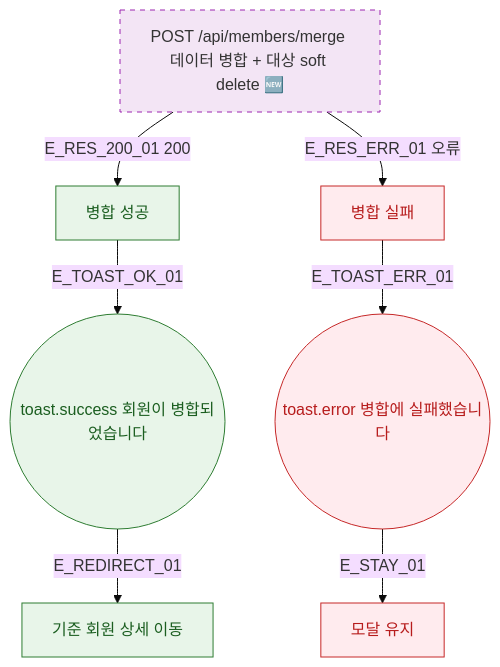
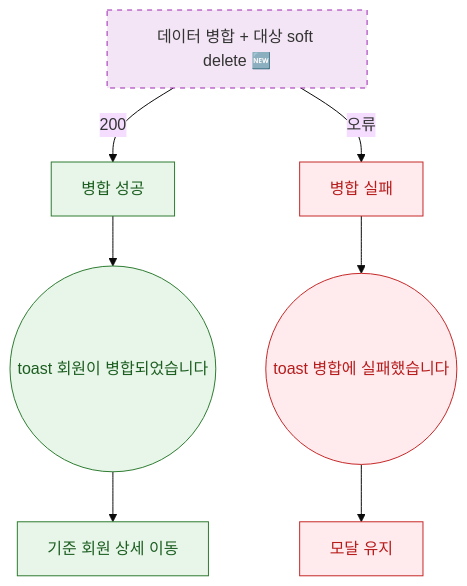
The diagram in docs/다이어그램/D02_회원관리/DLG/DLG-M028_회원병합확인/M3_결과분기.md (dev-spogym/admin-pando), drawn with Mermaid (base theme) before and after one commit. The commit also changed other lines of this file and 1660 other files, not shown here.

First line of the commit message:
다이어그램: 기획자/클라이언트 납품본으로 정리

````diff
--- a/docs/다이어그램/D02_회원관리/DLG/DLG-M028_회원병합확인/M3_결과분기.md
+++ b/docs/다이어그램/D02_회원관리/DLG/DLG-M028_회원병합확인/M3_결과분기.md
@@ -22,21 +20,21 @@
 ```mermaid
 flowchart TD
-  API[POST /api/members/merge 데이터 병합 + 대상 soft delete 🆕]
+  API[데이터 병합 + 대상 soft delete 🆕]
 
-  API -->|E_RES_200_01 200| SUCCESS[병합 성공]
-  API -->|E_RES_ERR_01 오류| FAIL[병합 실패]
+  API -->|200|SUCCESS[병합 성공]
+  API -->|오류|FAIL[병합 실패]
 
-  SUCCESS -->|E_TOAST_OK_01| TOAST_OK((toast.success 회원이 병합되었습니다))
-  TOAST_OK -->|E_REDIRECT_01| REDIRECT[기준 회원 상세 이동]
+  SUCCESS --> TOAST_OK((toast 회원이 병합되었습니다))
+  TOAST_OK --> REDIRECT[기준 회원 상세 이동]
 
-  FAIL -->|E_TOAST_ERR_01| TOAST_ERR((toast.error 병합에 실패했습니다))
-  TOAST_ERR -->|E_STAY_01| MODAL_STAY[모달 유지]
+  FAIL --> TOAST_ERR((toast 병합에 실패했습니다))
+  TOAST_ERR --> MODAL_STAY[모달 유지]
 
   classDef newFeature fill:#F3E5F5,stroke:#9C27B0,stroke-dasharray:5 5
-  classDef success    fill:#E8F5E9,stroke:#2E7D32,color:#1B5E20
-  classDef error      fill:#FFEBEE,stroke:#C62828,color:#B71C1C
+  classDef success fill:#E8F5E9,stroke:#2E7D32,color:#1B5E20
+  classDef error fill:#FFEBEE,stroke:#C62828,color:#B71C1C
 
   class API newFeature
   class SUCCESS,TOAST_OK,REDIRECT success
   class FAIL,TOAST_ERR,MODAL_STAY error
 ```
````
